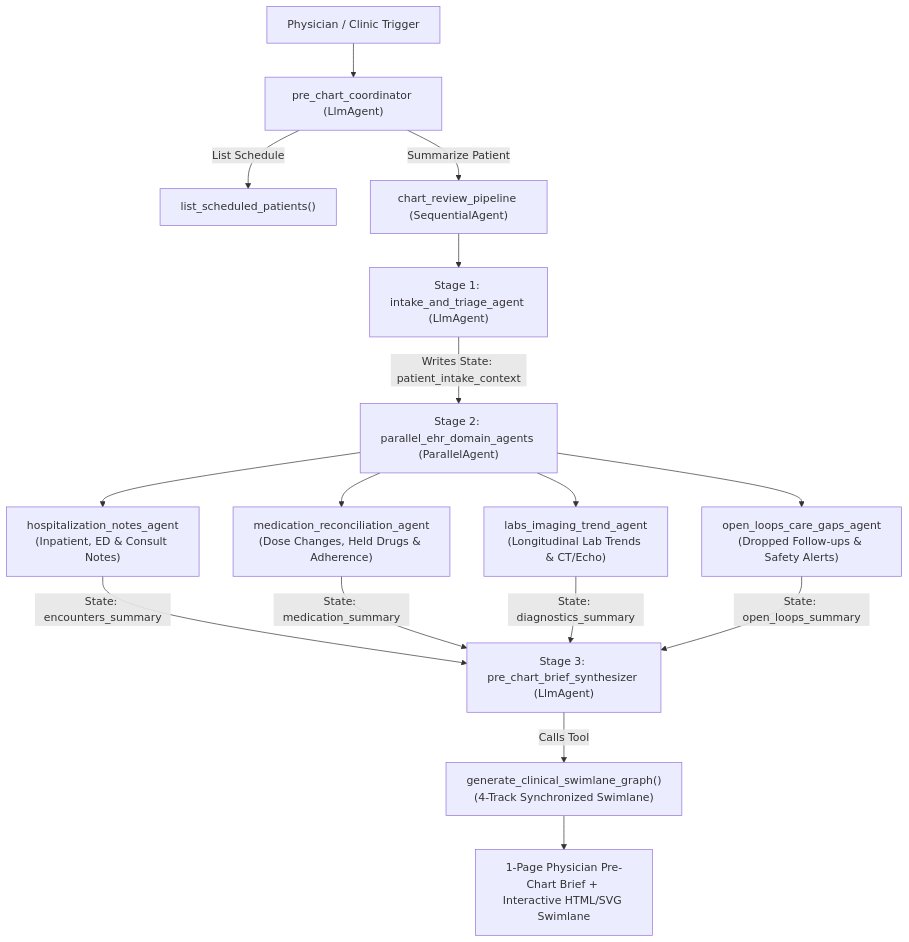
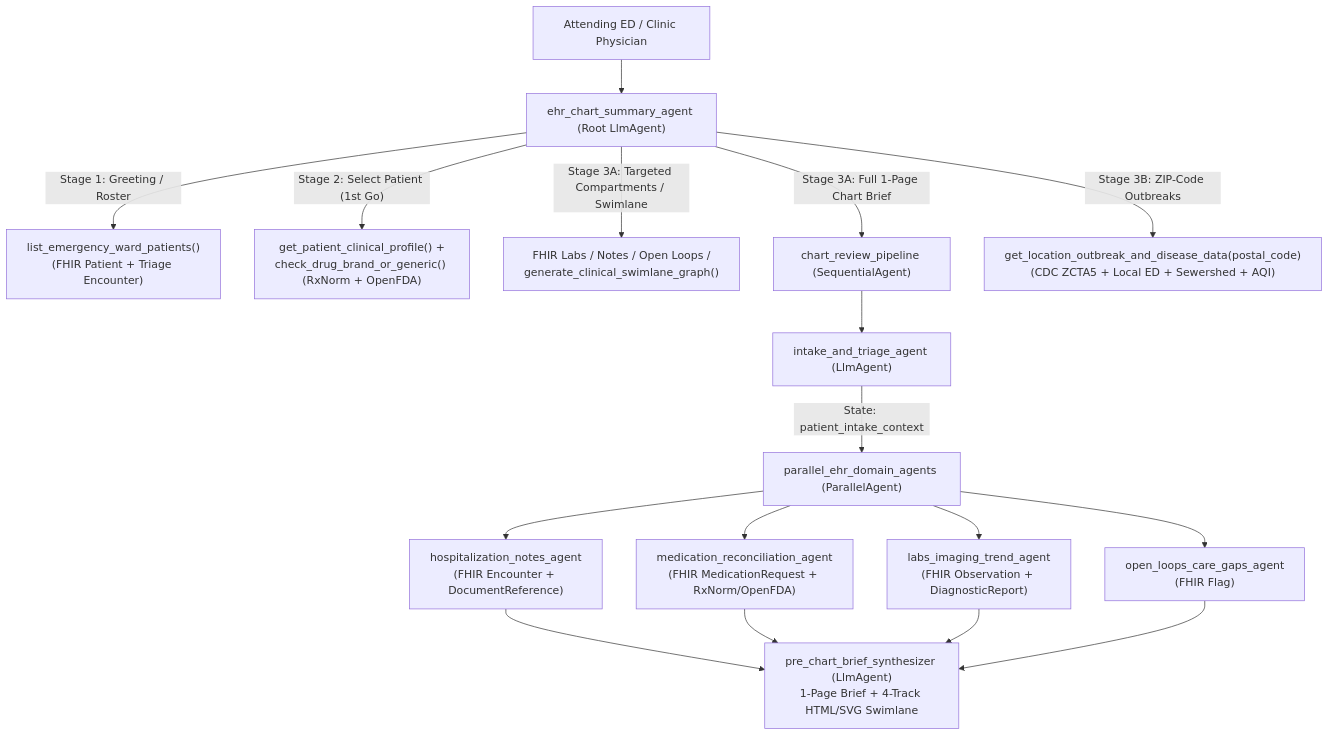
Before and after one commit to Sivaram0606/MedicalChartAgent: the diagram in README.md, drawn with Mermaid. The commit also changed other lines of this file and 40 other files, not shown here.

Commit message:
Unify HL7 FHIR R4 ehr_chart_summary_agent, RxNorm/OpenFDA audit, 4-track swimlane & ZIP outbreak surveillance

````diff
--- a/README.md
+++ b/README.md
@@ -11,22 +22,20 @@
 ```mermaid
 graph TD
-    User["Physician / Clinic Trigger"] --> Root["pre_chart_coordinator (LlmAgent)"]
-    Root -->|List Schedule| SchedTool["list_scheduled_patients()"]
-    Root -->|Summarize Patient| Pipeline["chart_review_pipeline (SequentialAgent)"]
+    Physician["Attending ED / Clinic Physician"] --> Root["ehr_chart_summary_agent (Root LlmAgent)"]
 
-    Pipeline --> Stage1["Stage 1: intake_and_triage_agent (LlmAgent)"]
-    Stage1 -->|Writes State: patient_intake_context| Stage2["Stage 2: parallel_ehr_domain_agents (ParallelAgent)"]
+    Root -->|"Stage 1: Greeting / Roster"| WardList["list_emergency_ward_patients()\n(FHIR Patient + Triage Encounter)"]
+    Root -->|"Stage 2: Select Patient (1st Go)"| MedAudit["get_patient_clinical_profile() +\ncheck_drug_brand_or_generic() (RxNorm + OpenFDA)"]
+    Root -->|"Stage 3A: Targeted Compartments / Swimlane"| Compartments["FHIR Labs / Notes / Open Loops /\ngenerate_clinical_swimlane_graph()"]
+    Root -->|"Stage 3A: Full 1-Page Chart Brief"| Pipeline["chart_review_pipeline (SequentialAgent)"]
+    Root -->|"Stage 3B: ZIP-Code Outbreaks"| ZipSurv["get_location_outbreak_and_disease_data(postal_code)\n(CDC ZCTA5 + Local ED + Sewershed + AQI)"]
 
-    Stage2 --> A1["hospitalization_notes_agent\n(Inpatient, ED & Consult Notes)"]
-    Stage2 --> A2["medication_reconciliation_agent\n(Dose Changes, Held Drugs & Adherence)"]
-    Stage2 --> A3["labs_imaging_trend_agent\n(Longitudinal Lab Trends & CT/Echo)"]
-    Stage2 --> A4["open_loops_care_gaps_agent\n(Dropped Follow-ups & Safety Alerts)"]
+    Pipeline --> S1["intake_and_triage_agent (LlmAgent)"]
+    S1 -->|"State: patient_intake_context"| S2["parallel_ehr_domain_agents (ParallelAgent)"]
 
-    A1 -->|State: encounters_summary| Stage3["Stage 3: pre_chart_brief_synthesizer (LlmAgent)"]
-    A2 -->|State: medication_summary| Stage3
-    A3 -->|State: diagnostics_summary| Stage3
-    A4 -->|State: open_loops_summary| Stage3
+    S2 --> D1["hospitalization_notes_agent\n(FHIR Encounter + DocumentReference)"]
+    S2 --> D2["medication_reconciliation_agent\n(FHIR MedicationRequest + RxNorm/OpenFDA)"]
+    S2 --> D3["labs_imaging_trend_agent\n(FHIR Observation + DiagnosticReport)"]
+    S2 --> D4["open_loops_care_gaps_agent\n(FHIR Flag)"]
 
-    Stage3 -->|Calls Tool| Swimlane["generate_clinical_swimlane_graph()\n(4-Track Synchronized Swimlane)"]
-    Swimlane --> Brief["1-Page Physician Pre-Chart Brief + Interactive HTML/SVG Swimlane"]
+    D1 & D2 & D3 & D4 --> S3["pre_chart_brief_synthesizer (LlmAgent)\n1-Page Brief + 4-Track HTML/SVG Swimlane"]
 ```
````
